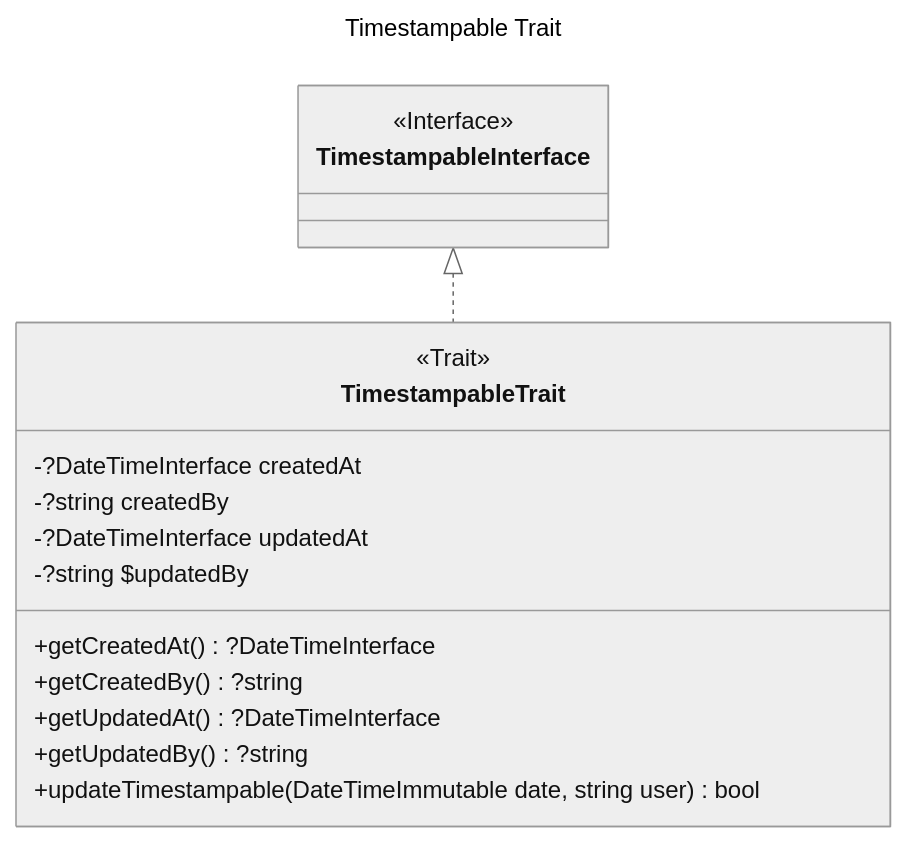
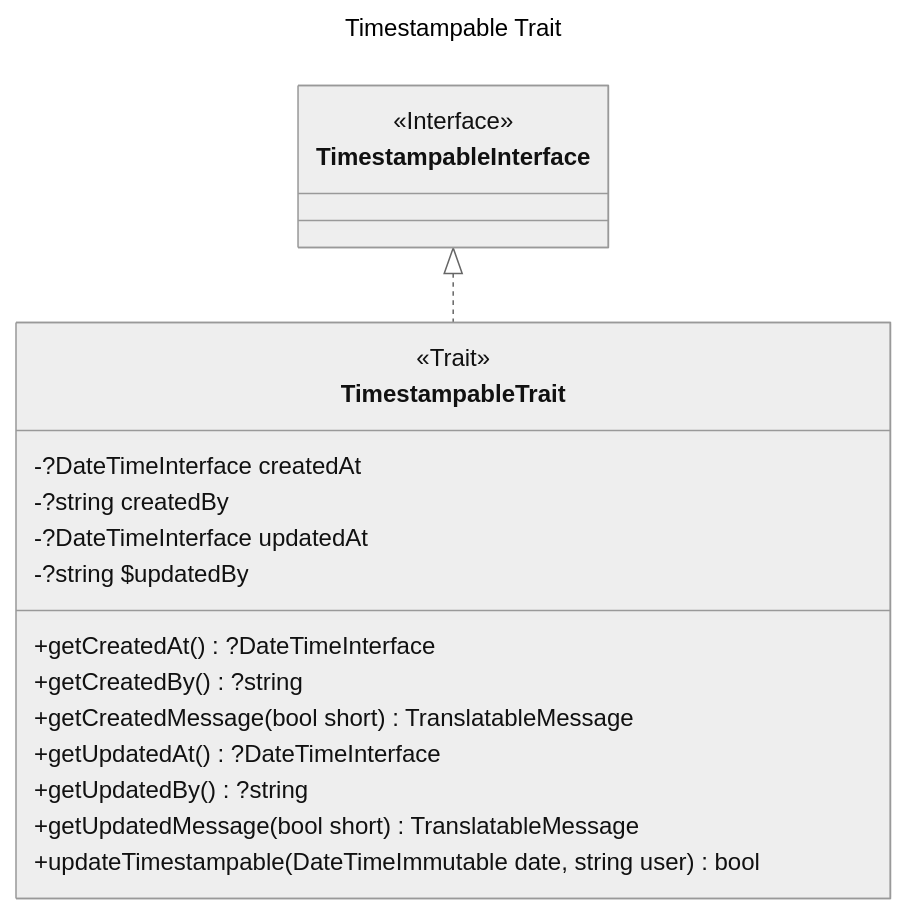
One commit to laurentmuller/calculation changed the diagram in resources/diagrams/timestampable_trait.mmd. Above: the diagram before and after it, drawn with Mermaid (neutral theme). The commit also changed 82 other files, not shown here.

```diff
--- a/resources/diagrams/timestampable_trait.mmd
+++ b/resources/diagrams/timestampable_trait.mmd
@@ -1,26 +1,28 @@
 ---
 title: Timestampable Trait
 ---
 classDiagram
     direction TB
 
     class TimestampableInterface {
         <<Interface>>
     }
 
     class TimestampableTrait {
         <<Trait>>
         -?DateTimeInterface createdAt
         -?string createdBy
         -?DateTimeInterface updatedAt
         -?string $updatedBy
         +getCreatedAt() ?DateTimeInterface
         +getCreatedBy() ?string
+        +getCreatedMessage(bool short) TranslatableMessage
         +getUpdatedAt() ?DateTimeInterface
         +getUpdatedBy() ?string
+        +getUpdatedMessage(bool short) TranslatableMessage
         +updateTimestampable(DateTimeImmutable date, string user) bool
     }
 
     TimestampableInterface <|.. TimestampableTrait
 
     click TimestampableInterface call nodeCallback()
```
